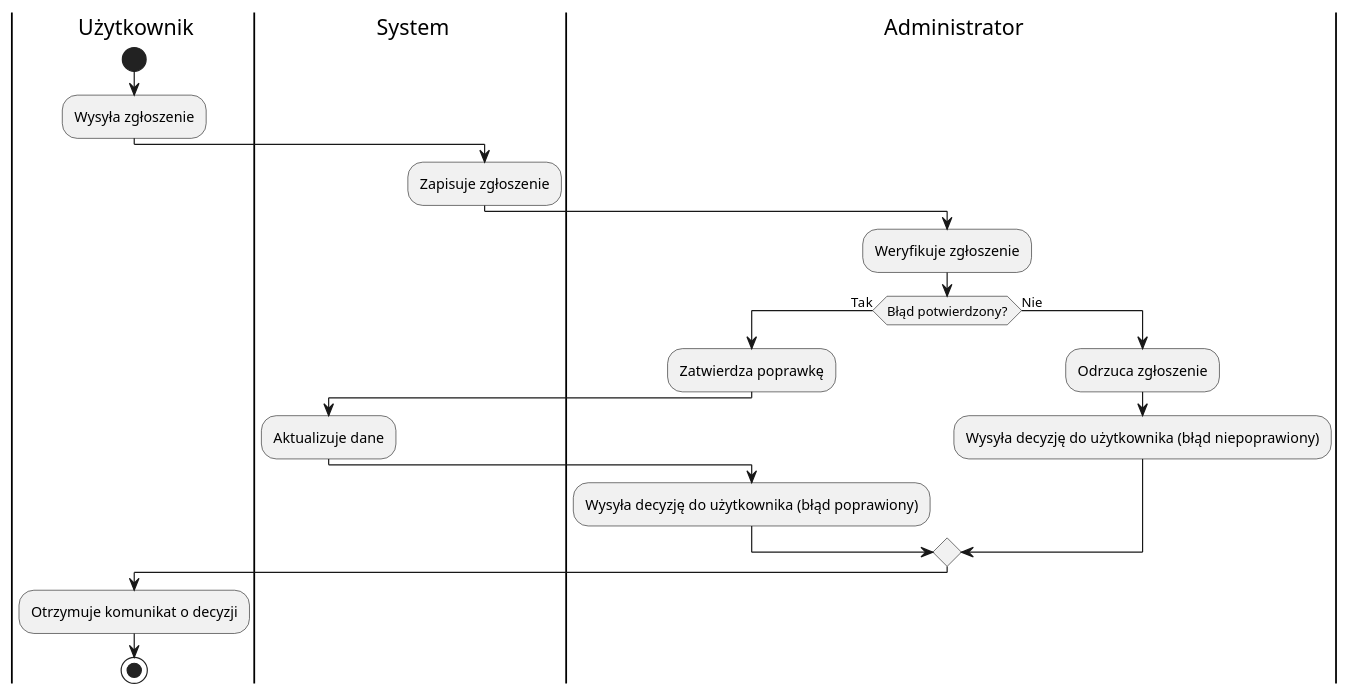
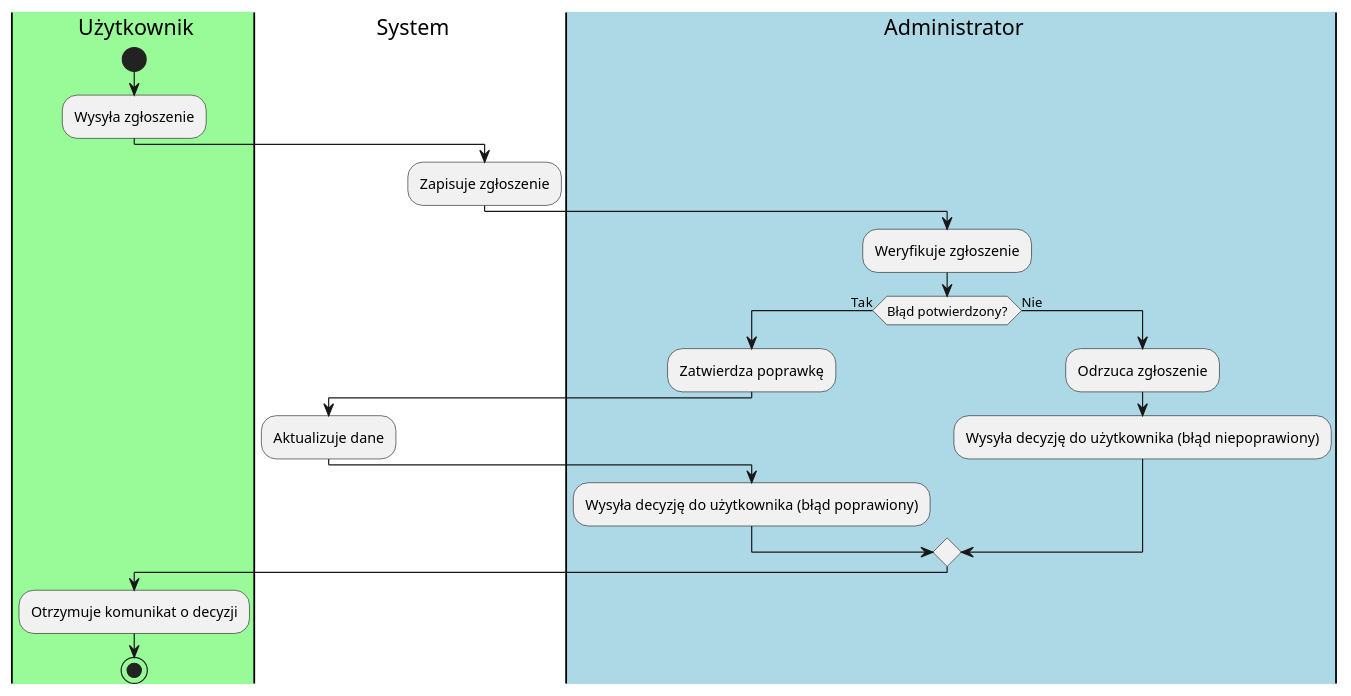
Before and after one commit to aleksanderpiluk/IWO: the diagram in dokumentacja/specyfikacja.wymagan/2.opis.biznesu/procesy.biznesowe/procesy/PB0002.puml, drawn with PlantUML.

```diff
--- a/dokumentacja/specyfikacja.wymagan/2.opis.biznesu/procesy.biznesowe/procesy/PB0002.puml
+++ b/dokumentacja/specyfikacja.wymagan/2.opis.biznesu/procesy.biznesowe/procesy/PB0002.puml
@@ -1,26 +1,26 @@
 @startuml
-|<#palegreen>u| Użytkownik
+|#palegreen|u| Użytkownik
 start
 :Wysyła zgłoszenie;
 
 |s| System
 :Zapisuje zgłoszenie;
 
-|<#lightblue>a| Administrator
+|#lightblue|a| Administrator
 :Weryfikuje zgłoszenie;
 
 if (Błąd potwierdzony?) then (Tak)
   :Zatwierdza poprawkę;
   |s| System
   :Aktualizuje dane;
-  |<#lightblue>a| Administrator
+  |#lightblue|a| Administrator
   :Wysyła decyzję do użytkownika (błąd poprawiony);
 else (Nie)
   :Odrzuca zgłoszenie;
   :Wysyła decyzję do użytkownika (błąd niepoprawiony);
 endif
 
-|<#palegreen>u| Użytkownik
+|#palegreen|u| Użytkownik
 :Otrzymuje komunikat o decyzji;
 stop
 @enduml
```
